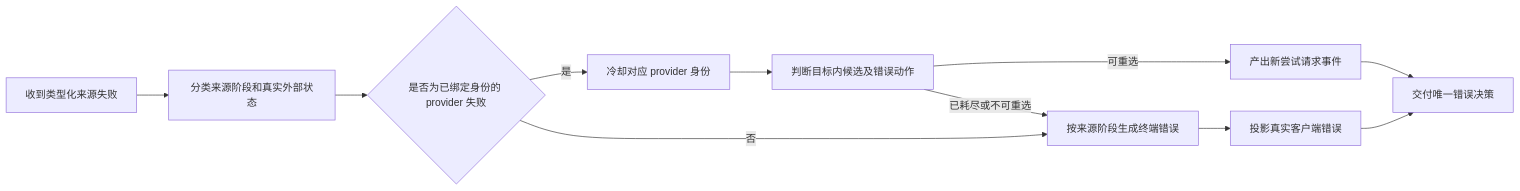
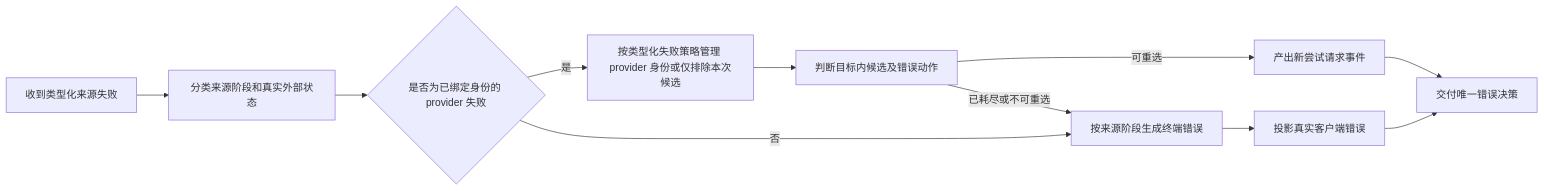
The third of 4 diagrams in docs/architecture/dagpipe/v3-proxy-pipeline-target.md (Jasonzhangf/routecodex), drawn with Mermaid before and after one commit. The commit also changed other lines of this file and 1 other file, not shown here.

Commit message:
docs(v3): align provider error DAG with client isolation

````diff
--- a/docs/architecture/dagpipe/v3-proxy-pipeline-target.md
+++ b/docs/architecture/dagpipe/v3-proxy-pipeline-target.md
@@ -86,13 +86,13 @@
 ```mermaid
 flowchart LR
   A[收到类型化来源失败] --> B[分类来源阶段和真实外部状态]
   B --> C{是否为已绑定身份的 provider 失败}
-  C -->|是| D[冷却对应 provider 身份]
+  C -->|是| D[按类型化失败策略管理 provider 身份或仅排除本次候选]
   D --> E[判断目标内候选及错误动作]
   C -->|否| F[按来源阶段生成终端错误]
   E -->|可重选| G[产出新尝试请求事件]
   E -->|已耗尽或不可重选| F
   F --> H[投影真实客户端错误]
   G --> I[交付唯一错误决策]
   H --> I
 ```
````
